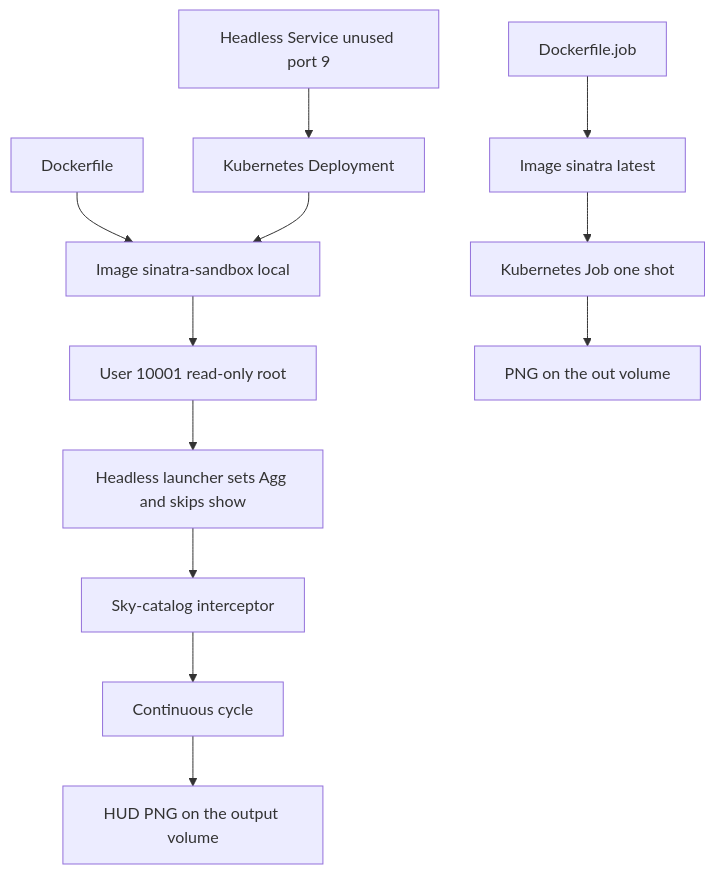
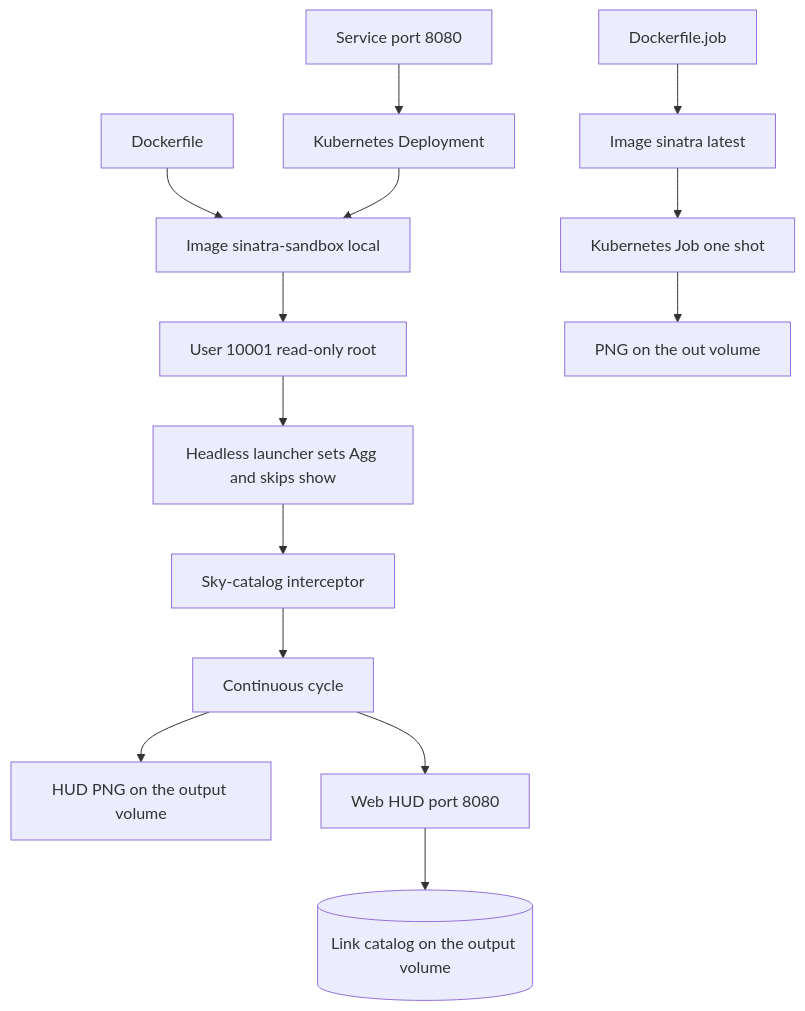
The third of 3 diagrams in diagrams/README.md (code4johnm/sinatra_audit), drawn with Mermaid before and after one commit. The commit also changed other lines of this file and 21 other files, not shown here.

````diff
--- a/diagrams/README.md
+++ b/diagrams/README.md
@@ -85,28 +102,32 @@
 ```mermaid
 graph TD
   docker[Dockerfile]
   image[Image sinatra-sandbox local]
   user[User 10001 read-only root]
   launch[Headless launcher sets Agg and skips show]
   script[Sky-catalog interceptor]
   loop[Continuous cycle]
   png[HUD PNG on the output volume]
+  web[Web HUD port 8080]
+  catalog[(Link catalog on the output volume)]
   dep[Kubernetes Deployment]
-  svc[Headless Service unused port 9]
+  svc[Service port 8080]
   jobfile[Dockerfile.job]
   jobimg[Image sinatra latest]
   job[Kubernetes Job one shot]
   outvol[PNG on the out volume]
 
   docker --> image
   image --> user
   user --> launch
   launch --> script
   script --> loop
   loop --> png
+  loop --> web
+  web --> catalog
   dep --> image
   svc --> dep
   jobfile --> jobimg
   jobimg --> job
   job --> outvol
 ```
````
